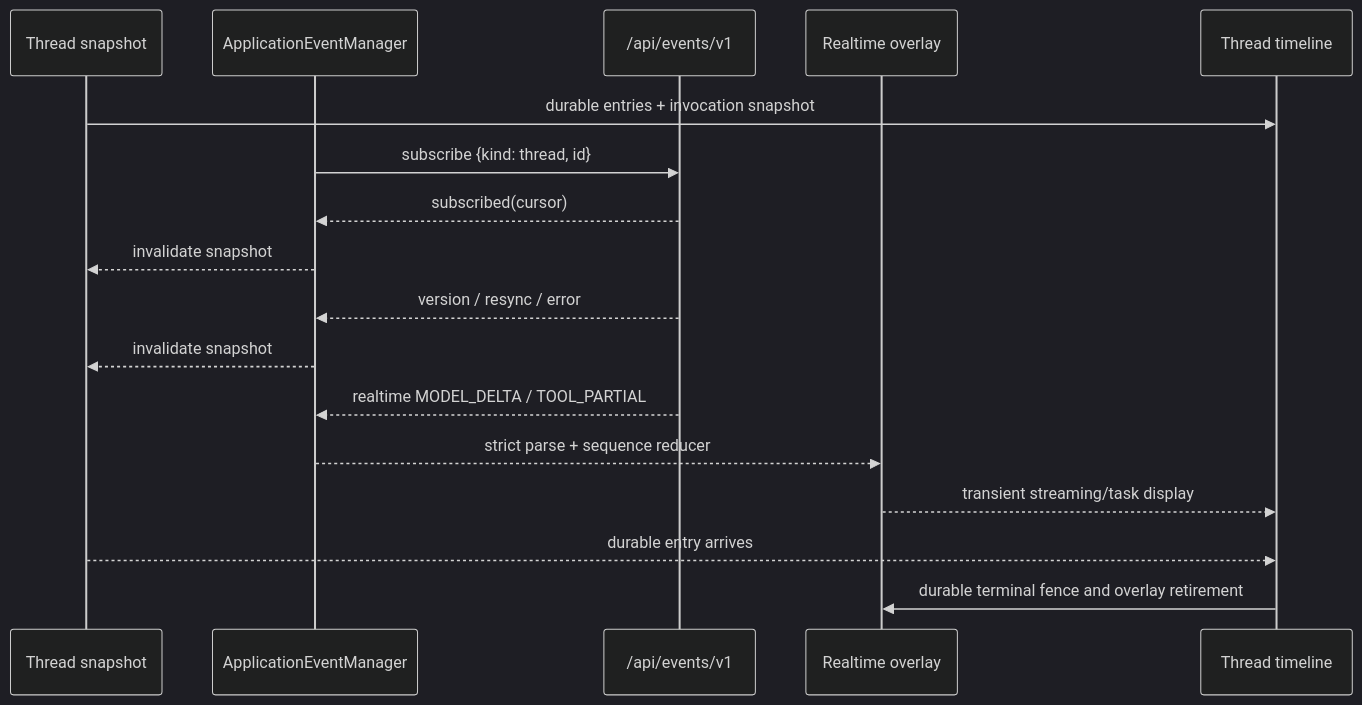
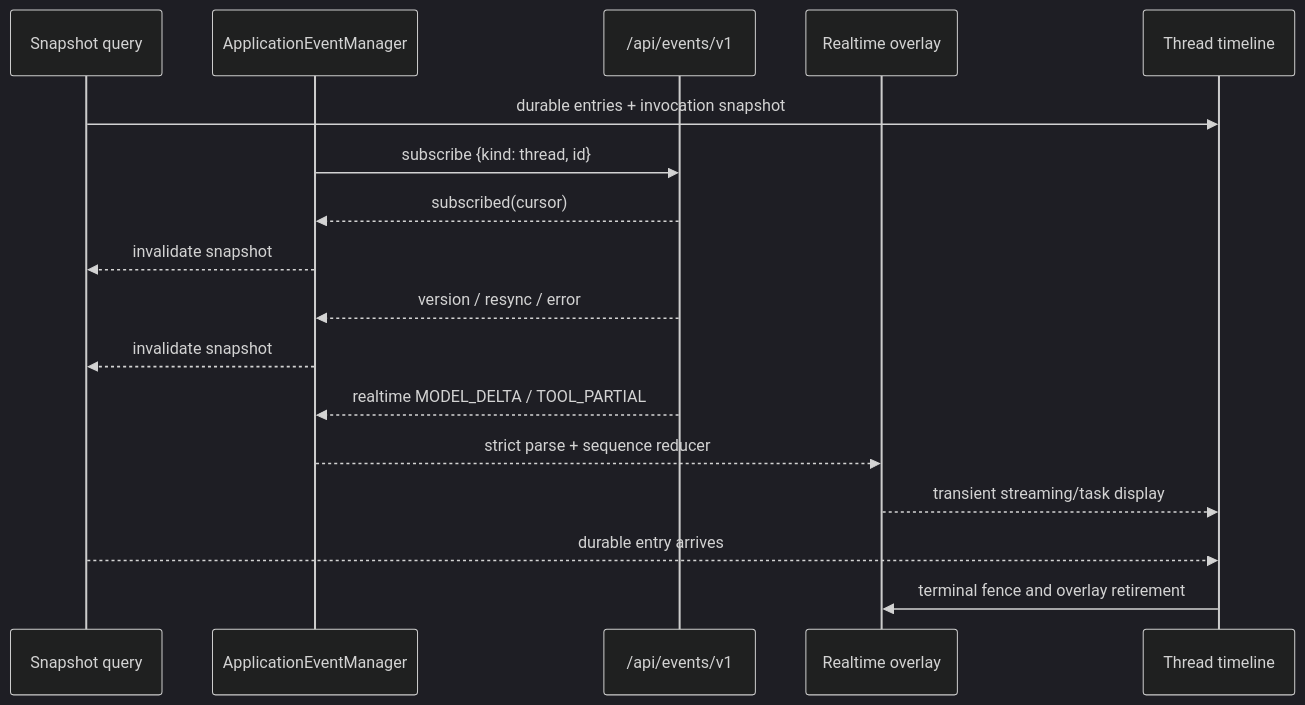
One commit to fengwk/kk-studio changed the first of 2 diagrams in docs/modules/frontend.md. Above: the diagram before and after it, drawn with Mermaid (dark theme). The commit also changed other lines of this file and 2 other files, not shown here.

````diff
--- a/docs/modules/frontend.md
+++ b/docs/modules/frontend.md
@@ -342,20 +124,20 @@
 ```mermaid
 sequenceDiagram
-  participant Q as Thread snapshot
+  participant Q as Snapshot query
   participant M as ApplicationEventManager
   participant W as /api/events/v1
   participant O as Realtime overlay
   participant UI as Thread timeline
 
   Q->>UI: durable entries + invocation snapshot
   M->>W: subscribe {kind: thread, id}
   W-->>M: subscribed(cursor)
   M-->>Q: invalidate snapshot
   W-->>M: version / resync / error
   M-->>Q: invalidate snapshot
   W-->>M: realtime MODEL_DELTA / TOOL_PARTIAL
   M-->>O: strict parse + sequence reducer
   O-->>UI: transient streaming/task display
   Q-->>UI: durable entry arrives
-  UI->>O: durable terminal fence and overlay retirement
+  UI->>O: terminal fence and overlay retirement
 ```
````
